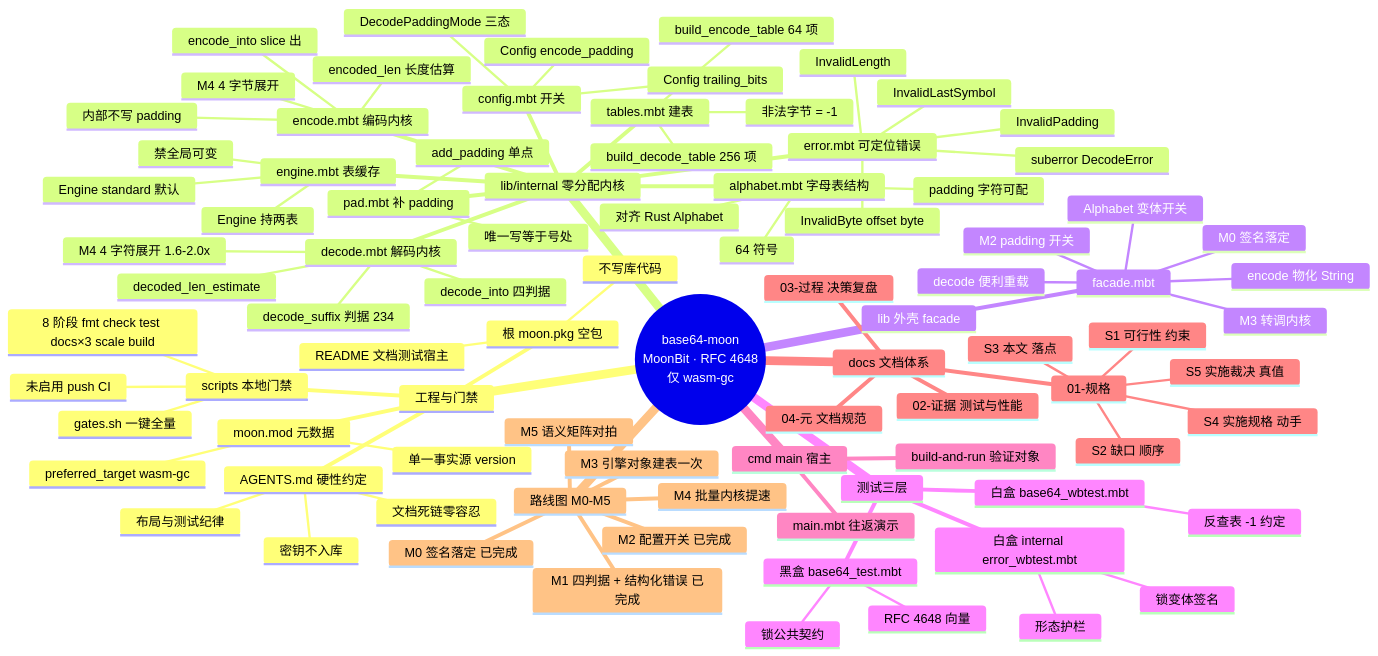
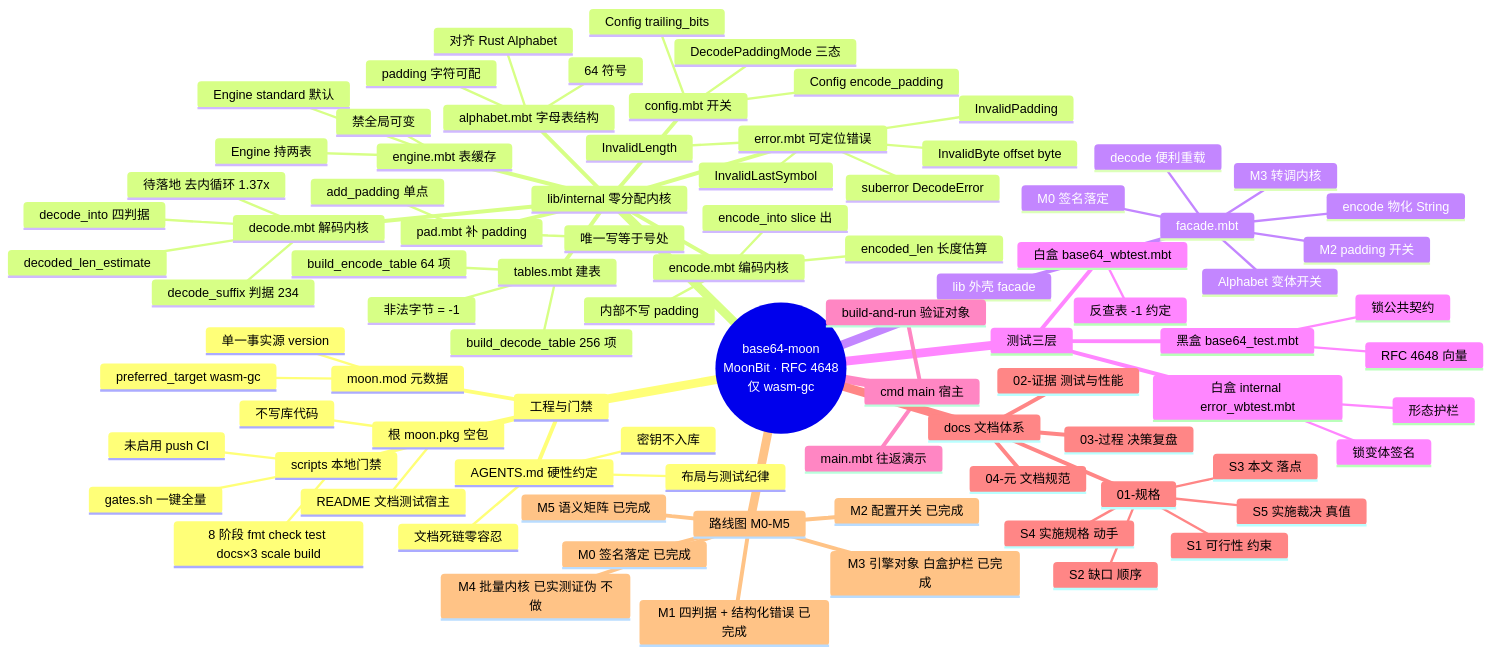
One commit to TryAndRun-TvT/base64-moon changed the diagram in docs/01-规格/S3-架构分层与子包职责.md. Above: the diagram before and after it, drawn with Mermaid. The commit also changed other lines of this file and 7 other files, not shown here.

````diff
--- a/docs/01-规格/S3-架构分层与子包职责.md
+++ b/docs/01-规格/S3-架构分层与子包职责.md
@@ -201,7 +201,6 @@
         encoded_len 长度估算
         encode_into slice 出
         内部不写 padding
-        M4 4 字节展开
       pad.mbt 补 padding
         add_padding 单点
         唯一写等于号处
@@ -209,7 +208,7 @@
         decoded_len_estimate
         decode_into 四判据
         decode_suffix 判据 234
-        M4 4 字符展开 1.6-2.0x
+        待落地 去内循环 1.37x
     lib 外壳 facade
       facade.mbt
         Alphabet 变体开关
@@ -244,7 +243,7 @@
       M0 签名落定 已完成
       M1 四判据 + 结构化错误 已完成
       M2 配置开关 已完成
-      M3 引擎对象建表一次
-      M4 批量内核提速
-      M5 语义矩阵对拍
+      M3 引擎对象 白盒护栏 已完成
+      M4 批量内核 已实测证伪 不做
+      M5 语义矩阵 已完成
 ```
````
